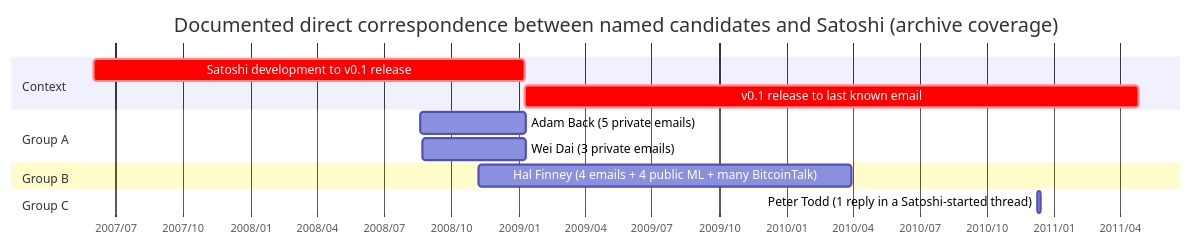
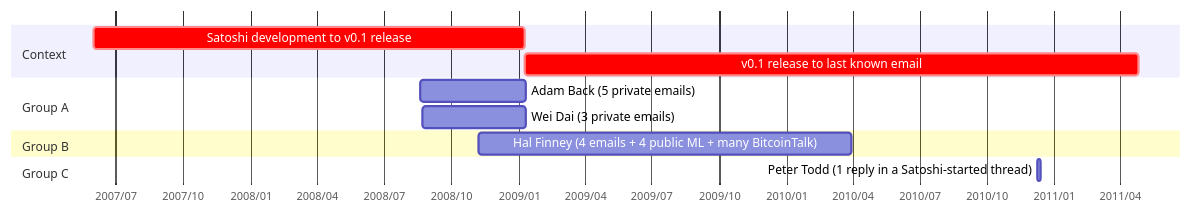
One commit to cypher256/BitcoinArchive changed the first of 2 diagrams in src/data/entries/en/analysis/2008-10-31-satoshi-identity-hypotheses-overview.md. Above: the diagram before and after it, drawn with Mermaid. The commit also changed other lines of this file and 50 other files, not shown here.

````diff
--- a/src/data/entries/en/analysis/2008-10-31-satoshi-identity-hypotheses-overview.md
+++ b/src/data/entries/en/analysis/2008-10-31-satoshi-identity-hypotheses-overview.md
@@ -125,20 +128,19 @@
 ```mermaid
 gantt
-    title Documented direct correspondence between named candidates and Satoshi (archive coverage)
     dateFormat YYYY-MM-DD
     axisFormat %Y/%m
 
     section Context
     Satoshi development to v0.1 release :crit, 2007-06-01, 2009-01-09
     v0.1 release to last known email :crit, 2009-01-09, 2011-04-26
 
     section Group A
     Adam Back (5 private emails) :2008-08-20, 2009-01-11
     Wei Dai (3 private emails) :2008-08-22, 2009-01-11
 
     section Group B
     Hal Finney (4 emails + 4 public ML + many BitcoinTalk) :2008-11-07, 2010-03-31
 
     section Group C
     Peter Todd (1 reply in a Satoshi-started thread) :2010-12-09, 2010-12-13
 ```
````
